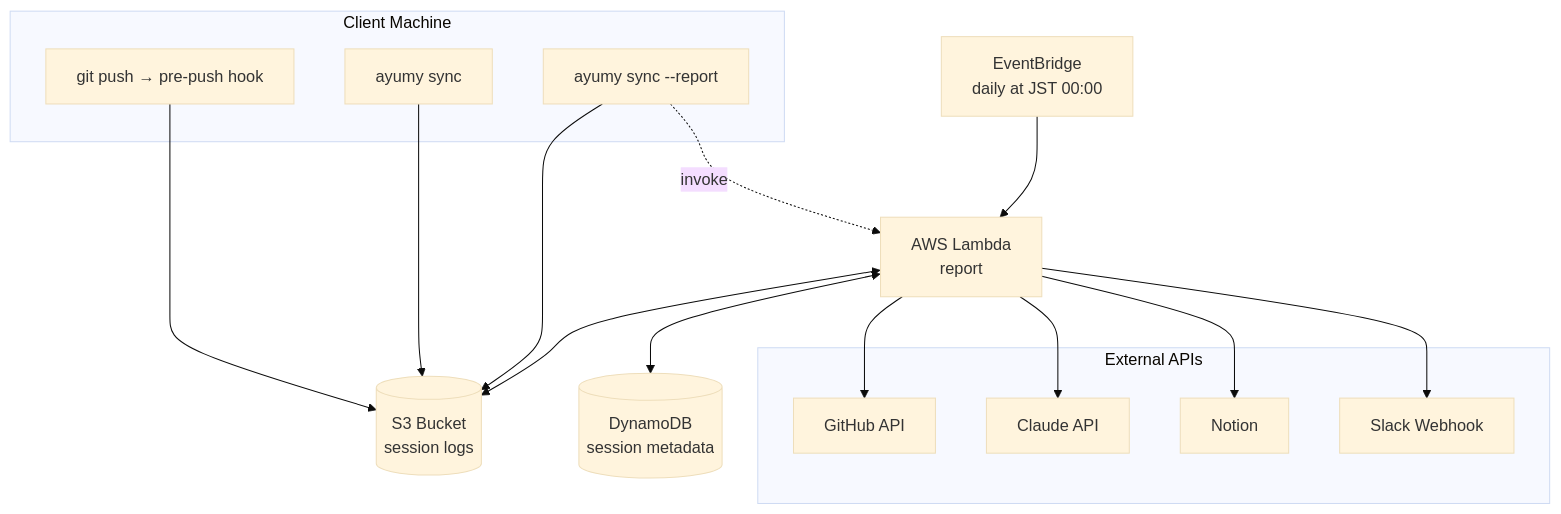
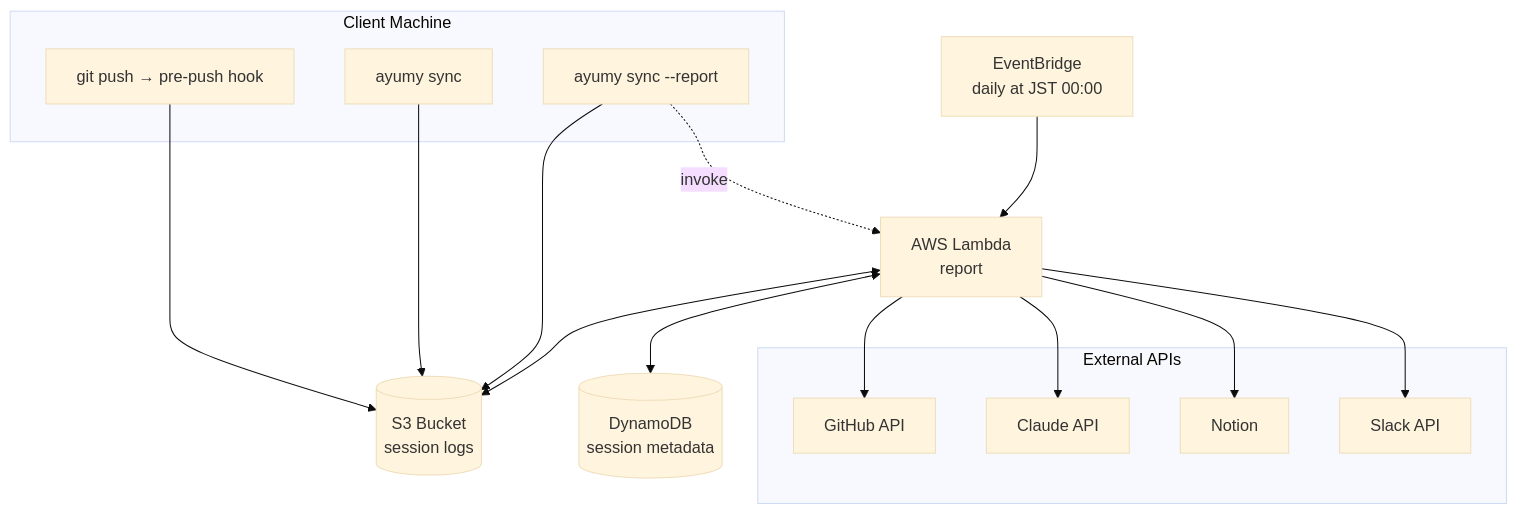
One commit to n-yU/ayumy changed the diagram in README.md. Above: the diagram before and after it, drawn with Mermaid (base theme). The commit also changed other lines of this file and 9 other files, not shown here.

First line of the commit message:
Switch Slack notification to Bot Token API for thread support (#131)

````diff
--- a/README.md
+++ b/README.md
@@ -12,32 +12,32 @@
 ```mermaid
 flowchart TB
     subgraph Client[Client Machine]
         Hook[git push → pre-push hook]
         Sync[ayumy sync]
         Report[ayumy sync --report]
     end
 
     S3[(S3 Bucket<br/>session logs)]
     Schedule[EventBridge<br/>daily at JST 00:00]
     Lambda[AWS Lambda<br/>report]
     DDB[(DynamoDB<br/>session metadata)]
 
     subgraph External[External APIs]
         GH[GitHub API]
         Claude[Claude API]
         Notion[Notion]
-        Slack[Slack Webhook]
+        Slack[Slack API]
     end
 
     Hook --> S3
     Sync --> S3
     Report --> S3
     Report -.->|invoke| Lambda
     Schedule --> Lambda
     Lambda <--> S3
     Lambda <--> DDB
     Lambda --> GH
     Lambda --> Claude
     Lambda --> Notion
     Lambda --> Slack
 ```
````
